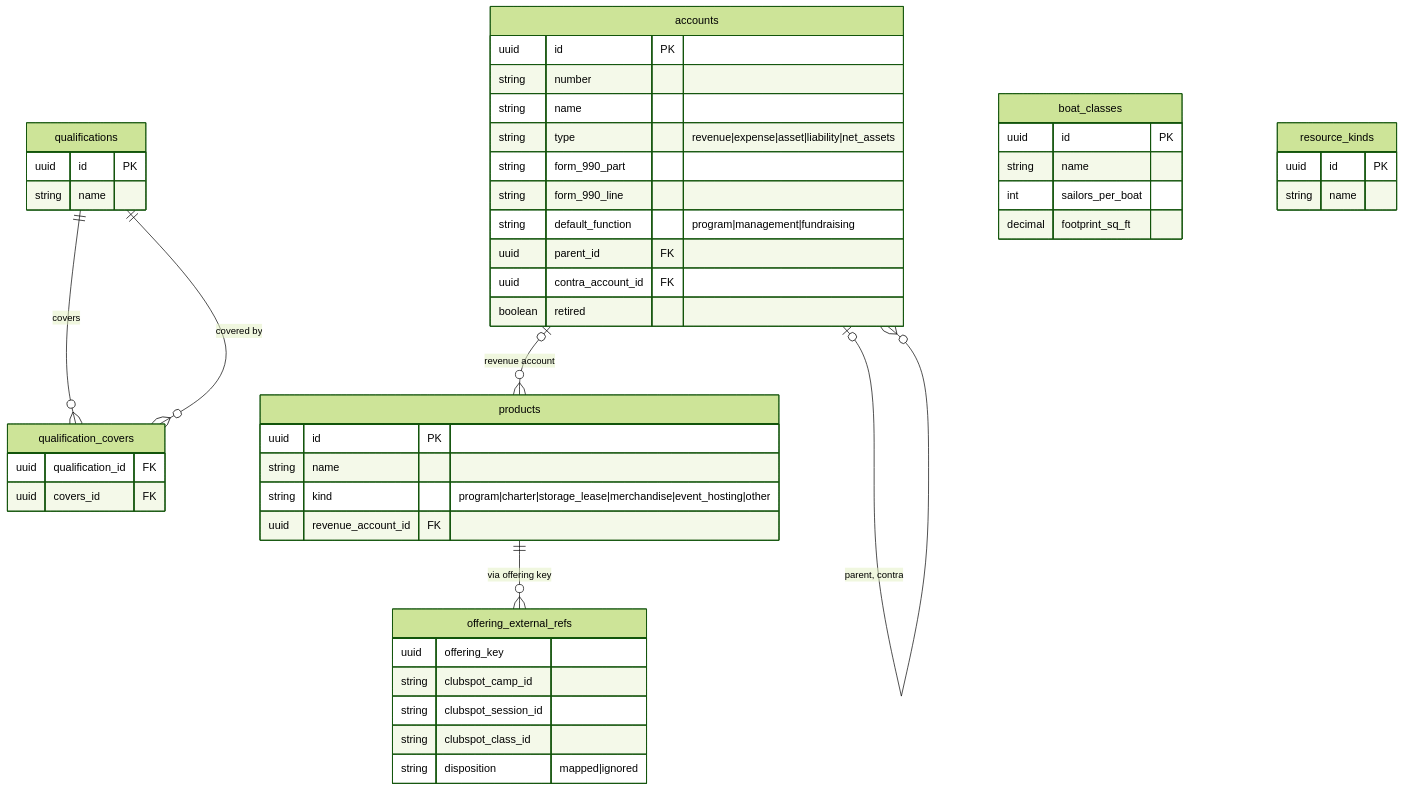
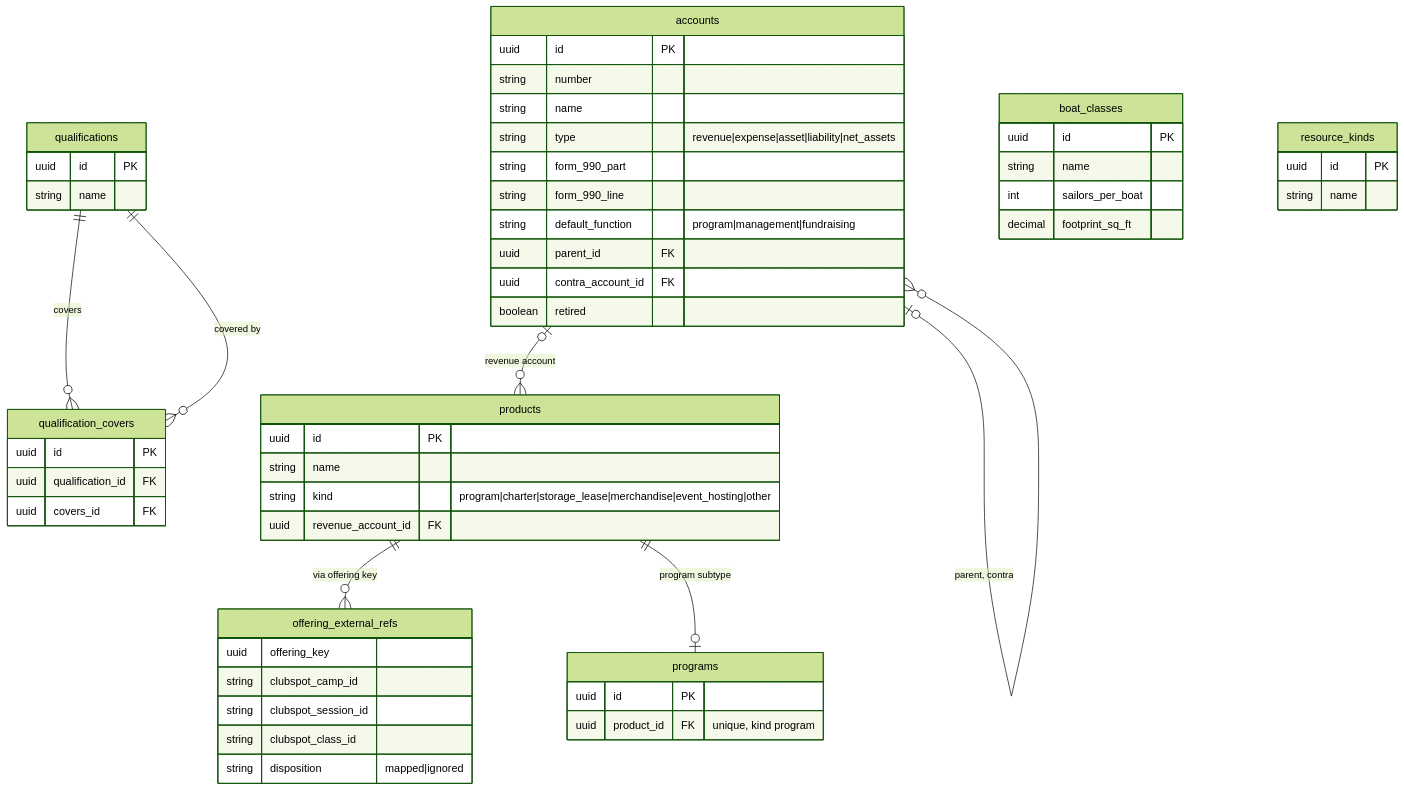
One commit to cyc-seattle/platform changed the first of 5 diagrams in docs/planning-schema.md. Above: the diagram before and after it, drawn with Mermaid (forest theme). The commit also changed other lines of this file and 7 other files, not shown here.

First line of the commit message:
feat: the core catalog schema

````diff
--- a/docs/planning-schema.md
+++ b/docs/planning-schema.md
@@ -35,52 +35,58 @@
 ```mermaid
 erDiagram
     products ||--o{ offering_external_refs : "via offering key"
     accounts |o--o{ products : "revenue account"
     qualifications ||--o{ qualification_covers : covers
     qualifications ||--o{ qualification_covers : "covered by"
     accounts |o--o{ accounts : "parent, contra"
+    products ||--o| programs : "program subtype"
 
     products {
         uuid id PK
         string name
         string kind "program|charter|storage_lease|merchandise|event_hosting|other"
         uuid revenue_account_id FK
     }
     accounts {
         uuid id PK
         string number
         string name
         string type "revenue|expense|asset|liability|net_assets"
         string form_990_part
         string form_990_line
         string default_function "program|management|fundraising"
         uuid parent_id FK
         uuid contra_account_id FK
         boolean retired
     }
     qualifications {
         uuid id PK
         string name
     }
+    programs {
+        uuid id PK
+        uuid product_id FK "unique, kind program"
+    }
     qualification_covers {
+        uuid id PK
         uuid qualification_id FK
         uuid covers_id FK
     }
     boat_classes {
         uuid id PK
         string name
         int sailors_per_boat
         decimal footprint_sq_ft
     }
     resource_kinds {
         uuid id PK
         string name
     }
     offering_external_refs {
         uuid offering_key
         string clubspot_camp_id
         string clubspot_session_id
         string clubspot_class_id
         string disposition "mapped|ignored"
     }
 ```
````
